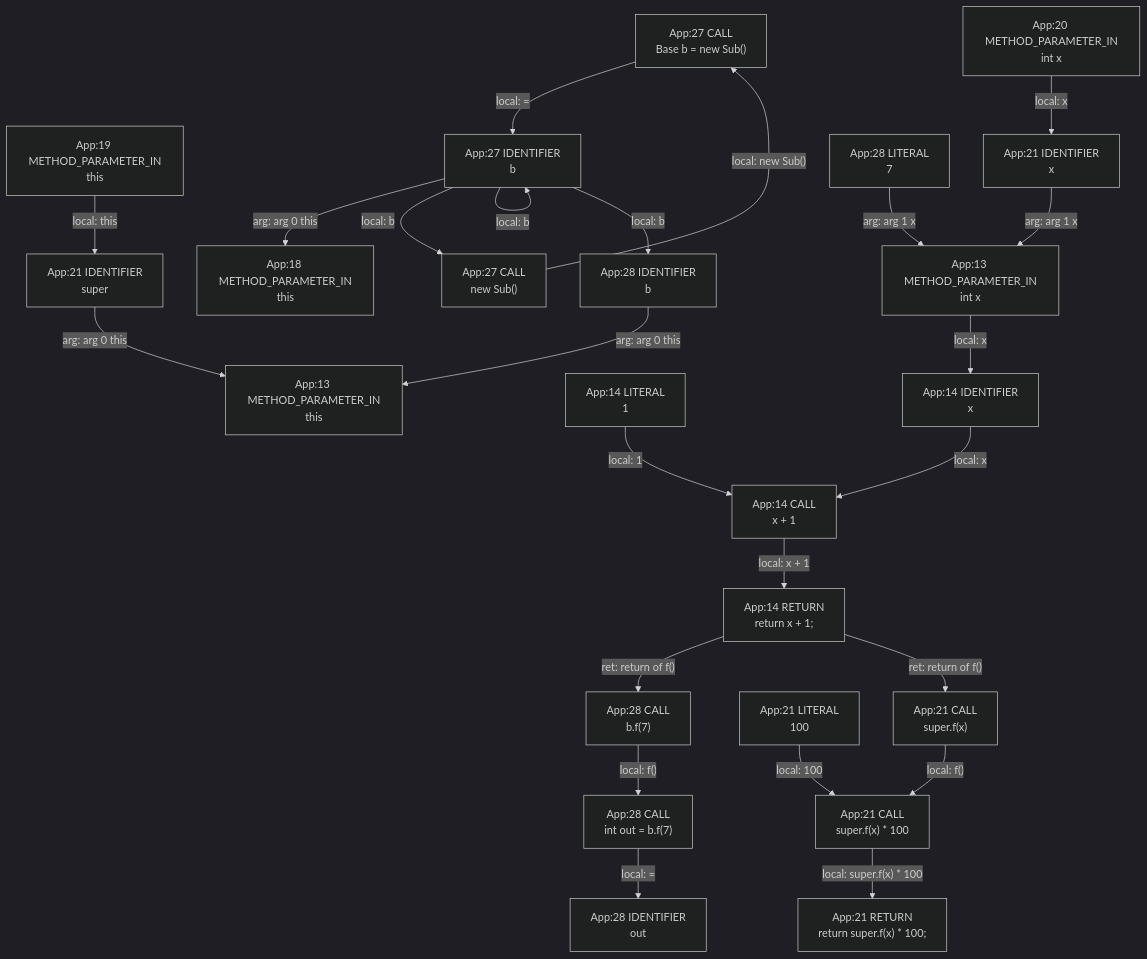
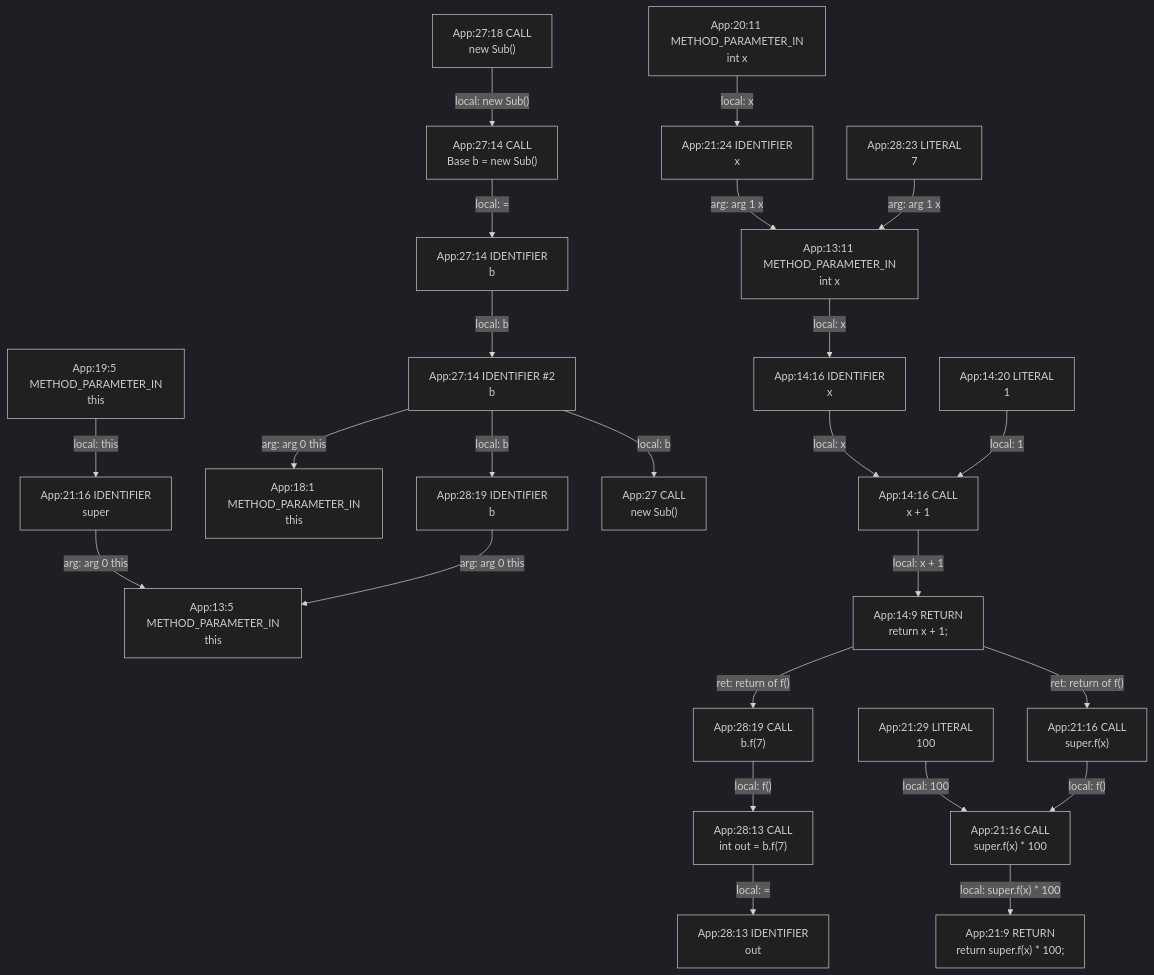
One commit to gstiebler/codeflow changed the diagram in app/src/test/resources/overriddenSuper/spike-truth.md. Above: the diagram before and after it, drawn with Mermaid (dark theme). The commit also changed 154 other files, not shown here.

````diff
--- a/app/src/test/resources/overriddenSuper/spike-truth.md
+++ b/app/src/test/resources/overriddenSuper/spike-truth.md
@@ -3,49 +3,51 @@
 ```mermaid
 flowchart TD
-  n0["App:13 METHOD_PARAMETER_IN<br/>int x"]
-  n1["App:13 METHOD_PARAMETER_IN<br/>this"]
-  n2["App:14 CALL<br/>x + 1"]
-  n3["App:14 IDENTIFIER<br/>x"]
-  n4["App:14 LITERAL<br/>1"]
-  n5["App:14 RETURN<br/>return x + 1;"]
-  n6["App:18 METHOD_PARAMETER_IN<br/>this"]
-  n7["App:19 METHOD_PARAMETER_IN<br/>this"]
-  n8["App:20 METHOD_PARAMETER_IN<br/>int x"]
-  n9["App:21 CALL<br/>super.f(x)"]
-  n10["App:21 CALL<br/>super.f(x) * 100"]
-  n11["App:21 IDENTIFIER<br/>super"]
-  n12["App:21 IDENTIFIER<br/>x"]
-  n13["App:21 LITERAL<br/>100"]
-  n14["App:21 RETURN<br/>return super.f(x) * 100;"]
-  n15["App:27 CALL<br/>Base b = new Sub()"]
-  n16["App:27 CALL<br/>new Sub()"]
-  n17["App:27 IDENTIFIER<br/>b"]
-  n18["App:28 CALL<br/>b.f(7)"]
-  n19["App:28 CALL<br/>int out = b.f(7)"]
-  n20["App:28 IDENTIFIER<br/>b"]
-  n21["App:28 IDENTIFIER<br/>out"]
-  n22["App:28 LITERAL<br/>7"]
+  n0["App:13:11 METHOD_PARAMETER_IN<br/>int x"]
+  n1["App:13:5 METHOD_PARAMETER_IN<br/>this"]
+  n2["App:14:16 CALL<br/>x + 1"]
+  n3["App:14:16 IDENTIFIER<br/>x"]
+  n4["App:14:20 LITERAL<br/>1"]
+  n5["App:14:9 RETURN<br/>return x + 1;"]
+  n6["App:18:1 METHOD_PARAMETER_IN<br/>this"]
+  n7["App:19:5 METHOD_PARAMETER_IN<br/>this"]
+  n8["App:20:11 METHOD_PARAMETER_IN<br/>int x"]
+  n9["App:21:16 CALL<br/>super.f(x)"]
+  n10["App:21:16 CALL<br/>super.f(x) * 100"]
+  n11["App:21:16 IDENTIFIER<br/>super"]
+  n12["App:21:24 IDENTIFIER<br/>x"]
+  n13["App:21:29 LITERAL<br/>100"]
+  n14["App:21:9 RETURN<br/>return super.f(x) * 100;"]
+  n15["App:27 CALL<br/>new Sub()"]
+  n16["App:27:14 CALL<br/>Base b = new Sub()"]
+  n17["App:27:14 IDENTIFIER #2<br/>b"]
+  n18["App:27:14 IDENTIFIER<br/>b"]
+  n19["App:27:18 CALL<br/>new Sub()"]
+  n20["App:28:13 CALL<br/>int out = b.f(7)"]
+  n21["App:28:13 IDENTIFIER<br/>out"]
+  n22["App:28:19 CALL<br/>b.f(7)"]
+  n23["App:28:19 IDENTIFIER<br/>b"]
+  n24["App:28:23 LITERAL<br/>7"]
   n0 -->|"local: x"| n3
   n10 -->|"local: super.f(x) * 100"| n14
   n11 -->|"arg: arg 0 this"| n1
   n12 -->|"arg: arg 1 x"| n0
   n13 -->|"local: 100"| n10
-  n15 -->|"local: ="| n17
-  n16 -->|"local: new Sub()"| n15
+  n16 -->|"local: ="| n18
   n17 -->|"arg: arg 0 this"| n6
-  n17 -->|"local: b"| n16
-  n17 -->|"local: b"| n17
-  n17 -->|"local: b"| n20
-  n18 -->|"local: f()"| n19
-  n19 -->|"local: ="| n21
+  n17 -->|"local: b"| n15
+  n17 -->|"local: b"| n23
+  n18 -->|"local: b"| n17
+  n19 -->|"local: new Sub()"| n16
   n2 -->|"local: x + 1"| n5
-  n20 -->|"arg: arg 0 this"| n1
-  n22 -->|"arg: arg 1 x"| n0
+  n20 -->|"local: ="| n21
+  n22 -->|"local: f()"| n20
+  n23 -->|"arg: arg 0 this"| n1
+  n24 -->|"arg: arg 1 x"| n0
   n3 -->|"local: x"| n2
   n4 -->|"local: 1"| n2
-  n5 -->|"ret: return of f()"| n18
+  n5 -->|"ret: return of f()"| n22
   n5 -->|"ret: return of f()"| n9
   n7 -->|"local: this"| n11
   n8 -->|"local: x"| n12
   n9 -->|"local: f()"| n10
 ```
````
